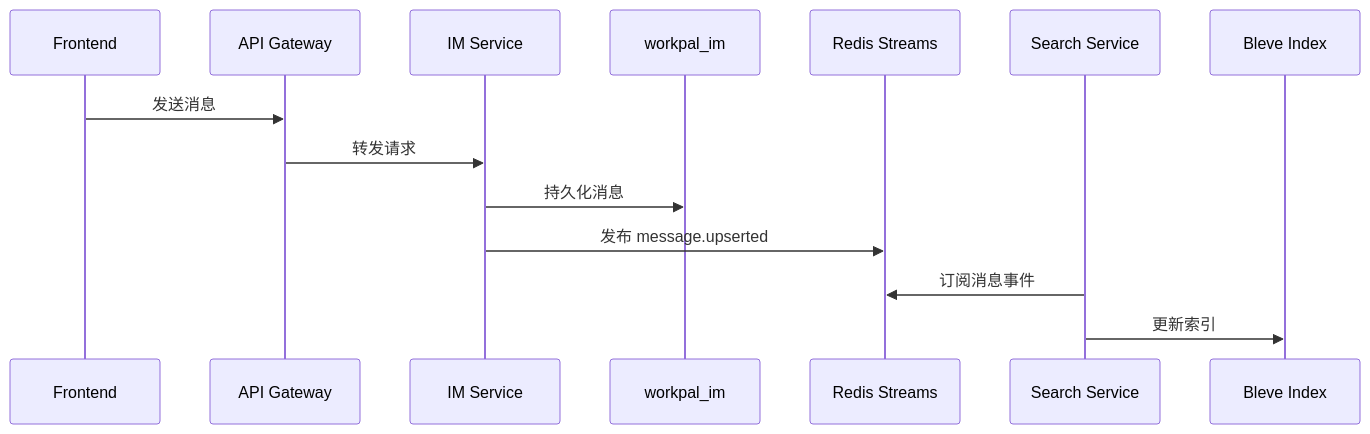
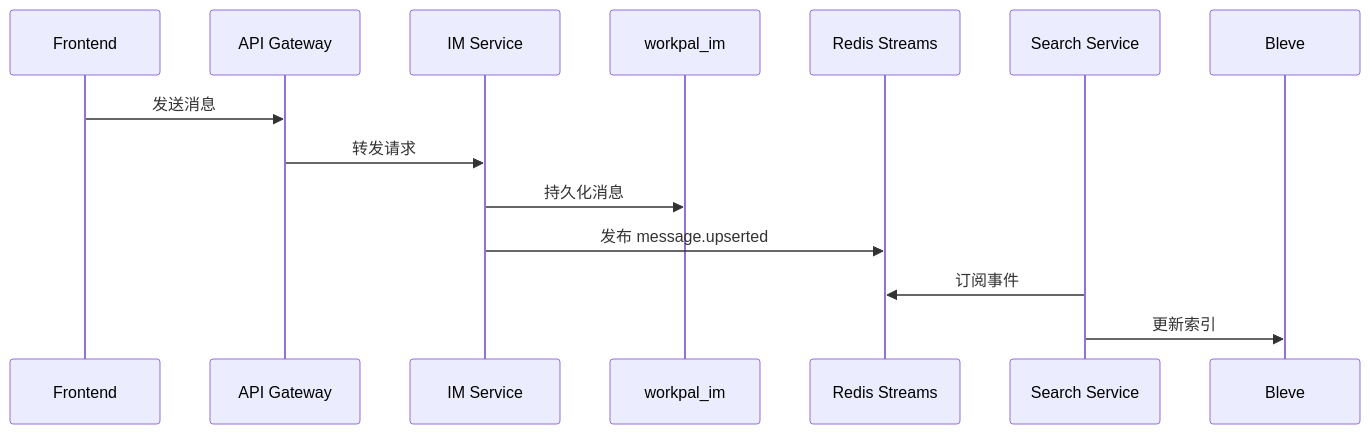
Before and after one commit to Tangyd893/WorkPal: the third of 3 diagrams in docs/架构设计.md, drawn with Mermaid. The commit also changed other lines of this file and 17 other files, not shown here.

````diff
--- a/docs/架构设计.md
+++ b/docs/架构设计.md
@@ -199,17 +305,17 @@
 ```mermaid
 sequenceDiagram
   participant FE as Frontend
   participant GW as API Gateway
   participant IM as IM Service
-  participant PG as workpal_im
-  participant RS as Redis Streams
+  participant DB as workpal_im
+  participant MQ as Redis Streams
   participant SE as Search Service
-  participant BI as Bleve Index
+  participant BI as Bleve
 
   FE->>GW: 发送消息
   GW->>IM: 转发请求
-  IM->>PG: 持久化消息
-  IM->>RS: 发布 message.upserted
-  SE->>RS: 订阅消息事件
+  IM->>DB: 持久化消息
+  IM->>MQ: 发布 message.upserted
+  SE->>MQ: 订阅事件
   SE->>BI: 更新索引
 ```
````
